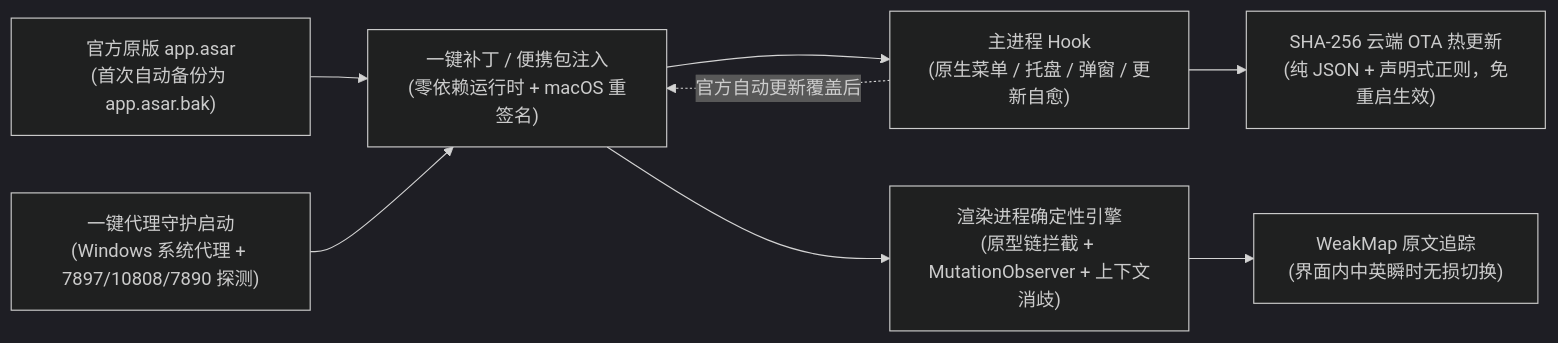
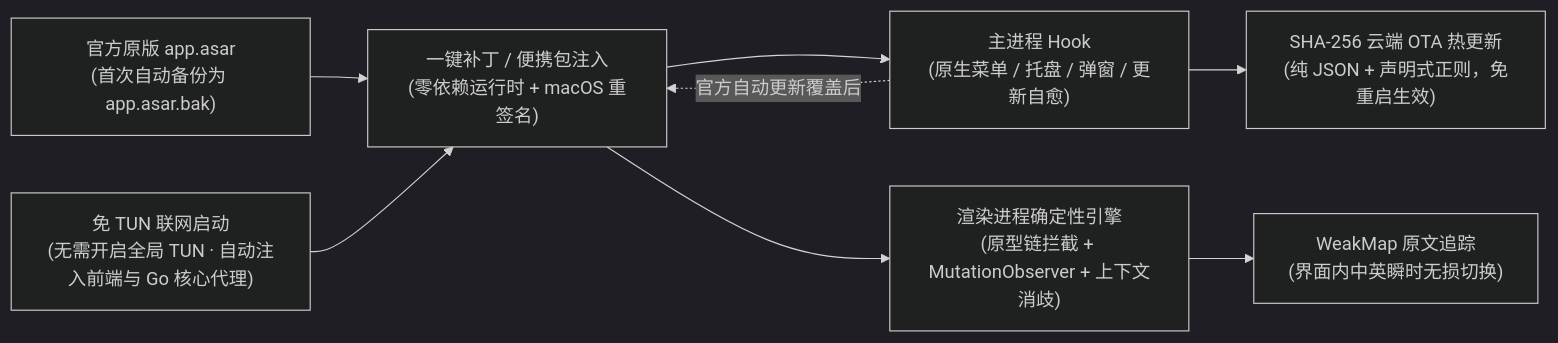
One commit to downey37/antigravity-zh-cn changed the diagram in README.md. Above: the diagram before and after it, drawn with Mermaid (dark theme). The commit also changed other lines of this file and 20 other files, not shown here.

````diff
--- a/README.md
+++ b/README.md
@@ -132,10 +135,10 @@
 ```mermaid
 flowchart LR
     A["官方原版 app.asar<br/>(首次自动备份为 app.asar.bak)"] --> B["一键补丁 / 便携包注入<br/>(零依赖运行时 + macOS 重签名)"]
     B --> C["主进程 Hook<br/>(原生菜单 / 托盘 / 弹窗 / 更新自愈)"]
     B --> D["渲染进程确定性引擎<br/>(原型链拦截 + MutationObserver + 上下文消歧)"]
     D --> E["WeakMap 原文追踪<br/>(界面内中英瞬时无损切换)"]
     C --> F["SHA-256 云端 OTA 热更新<br/>(纯 JSON + 声明式正则，免重启生效)"]
     C -.->|"官方自动更新覆盖后"| B
-    G["一键代理守护启动<br/>(Windows 系统代理 + 7897/10808/7890 探测)"] --> B
+    G["免 TUN 联网启动<br/>(无需开启全局 TUN · 自动注入前端与 Go 核心代理)"] --> B
 ```
````
